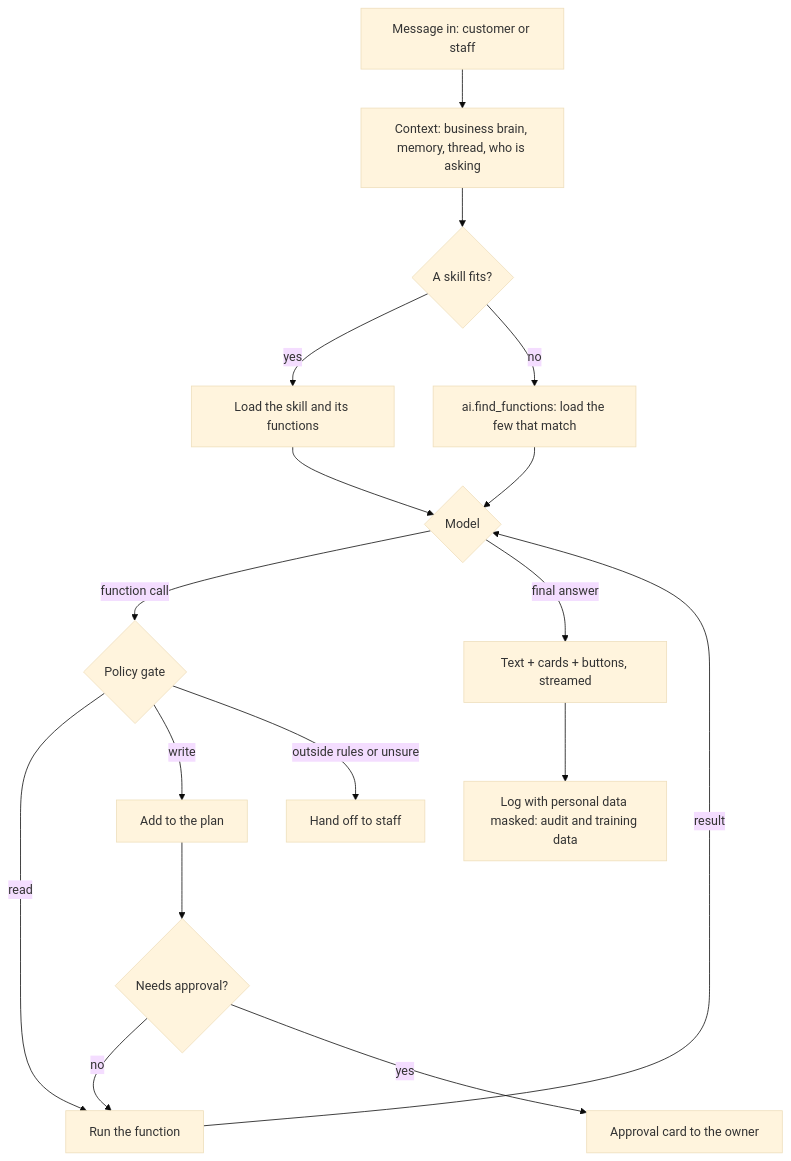
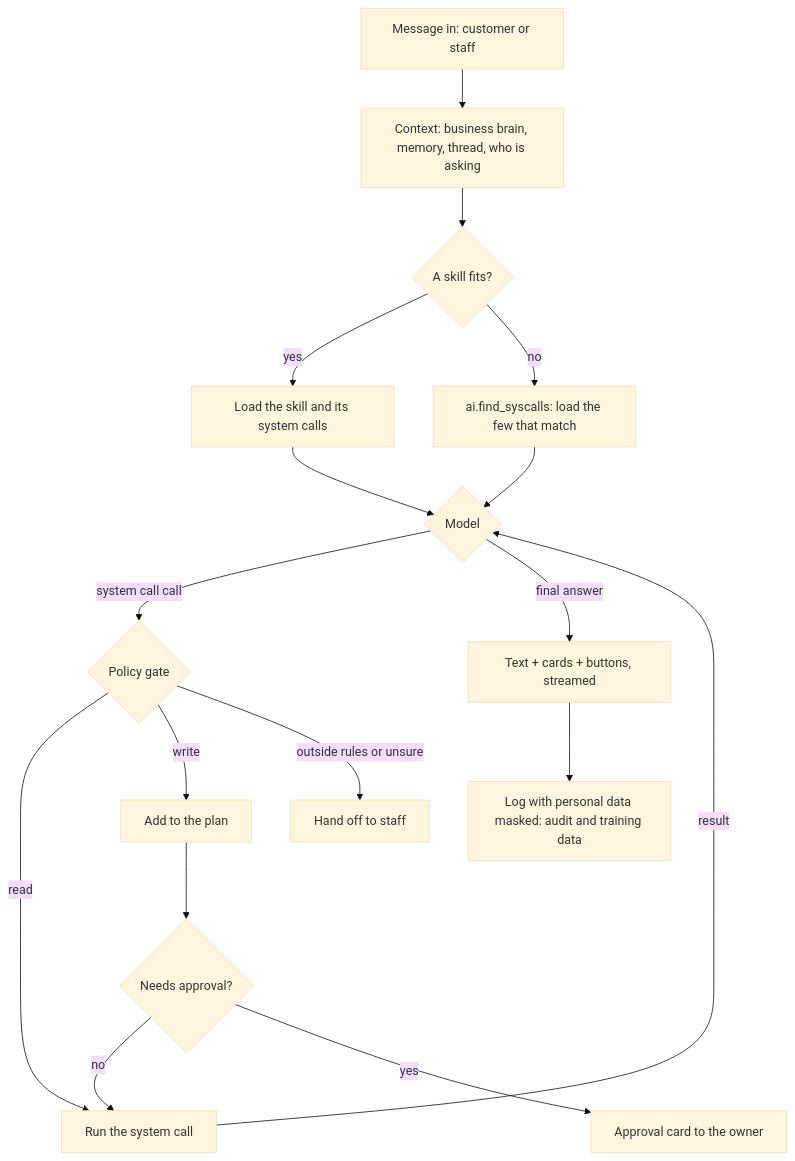
The sixth of 11 diagrams in technical-structure.md (puagraduationproject/graduationproject), drawn with Mermaid (base theme) before and after one commit. The commit also changed other lines of this file and 2 other files, not shown here.

Commit message:
Design: functions are now system calls, and adapters are drivers

````diff
--- a/technical-structure.md
+++ b/technical-structure.md
@@ -769,18 +771,18 @@
 ```mermaid
 flowchart TD
   M["Message in: customer or staff"] --> CTX["Context: business brain, memory, thread, who is asking"]
   CTX --> SKL{"A skill fits?"}
-  SKL -->|yes| LOAD["Load the skill and its functions"]
-  SKL -->|no| FIND["ai.find_functions: load the few that match"]
+  SKL -->|yes| LOAD["Load the skill and its system calls"]
+  SKL -->|no| FIND["ai.find_syscalls: load the few that match"]
   LOAD & FIND --> MD{"Model"}
-  MD -->|function call| GATE{"Policy gate"}
-  GATE -->|read| RUN["Run the function"]
+  MD -->|system call call| GATE{"Policy gate"}
+  GATE -->|read| RUN["Run the system call"]
   GATE -->|write| PLAN["Add to the plan"]
   GATE -->|outside rules or unsure| HO["Hand off to staff"]
   RUN -->|result| MD
   PLAN --> APR{"Needs approval?"}
   APR -->|no| RUN
   APR -->|yes| CARD["Approval card to the owner"]
   MD -->|final answer| OUT["Text + cards + buttons, streamed"]
   OUT --> LOG["Log with personal data masked: audit and training data"]
 ```
````
